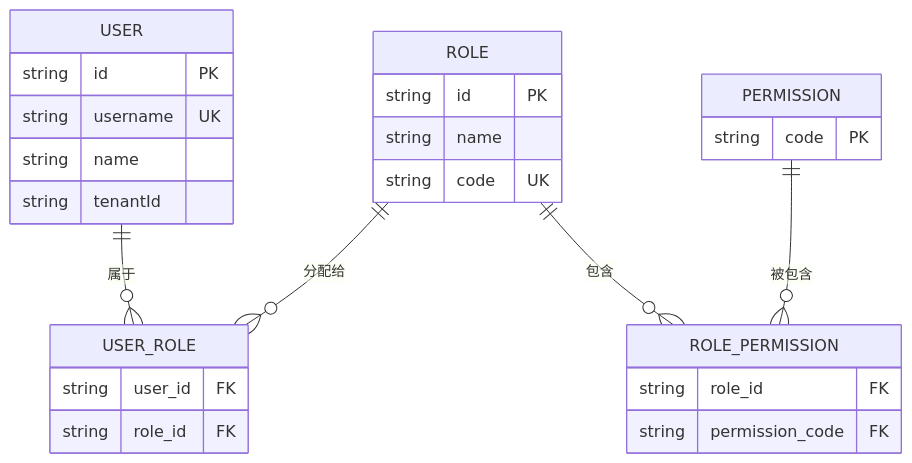
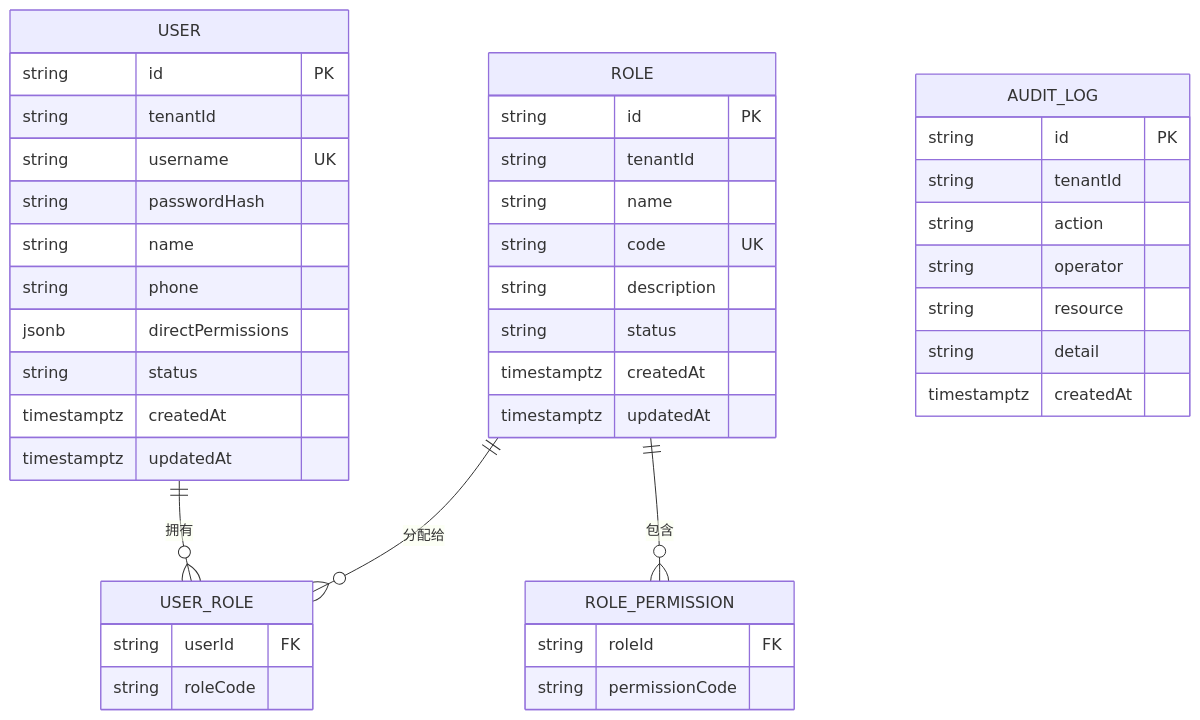
One commit to q446328246/agri-platform changed the third of 7 diagrams in .qoder/repowiki/zh/content/核心服务文档/认证授权服务.md. Above: the diagram before and after it, drawn with Mermaid. The commit also changed other lines of this file and 84 other files, not shown here.

````diff
--- a/.qoder/repowiki/zh/content/核心服务文档/认证授权服务.md
+++ b/.qoder/repowiki/zh/content/核心服务文档/认证授权服务.md
@@ -159,29 +153,45 @@
 ```mermaid
 erDiagram
 USER {
 string id PK
+string tenantId
 string username UK
+string passwordHash
 string name
-string tenantId
+string phone
+jsonb directPermissions
+string status
+timestamptz createdAt
+timestamptz updatedAt
+}
+USER_ROLE {
+string userId FK
+string roleCode
 }
 ROLE {
 string id PK
+string tenantId
 string name
 string code UK
-}
-PERMISSION {
-string code PK
-}
-USER_ROLE {
-string user_id FK
-string role_id FK
+string description
+string status
+timestamptz createdAt
+timestamptz updatedAt
 }
 ROLE_PERMISSION {
-string role_id FK
-string permission_code FK
+string roleId FK
+string permissionCode
 }
-USER ||--o{ USER_ROLE : "属于"
+AUDIT_LOG {
+string id PK
+string tenantId
+string action
+string operator
+string resource
+string detail
+timestamptz createdAt
+}
+USER ||--o{ USER_ROLE : "拥有"
 ROLE ||--o{ USER_ROLE : "分配给"
 ROLE ||--o{ ROLE_PERMISSION : "包含"
-PERMISSION ||--o{ ROLE_PERMISSION : "被包含"
 ```
````
